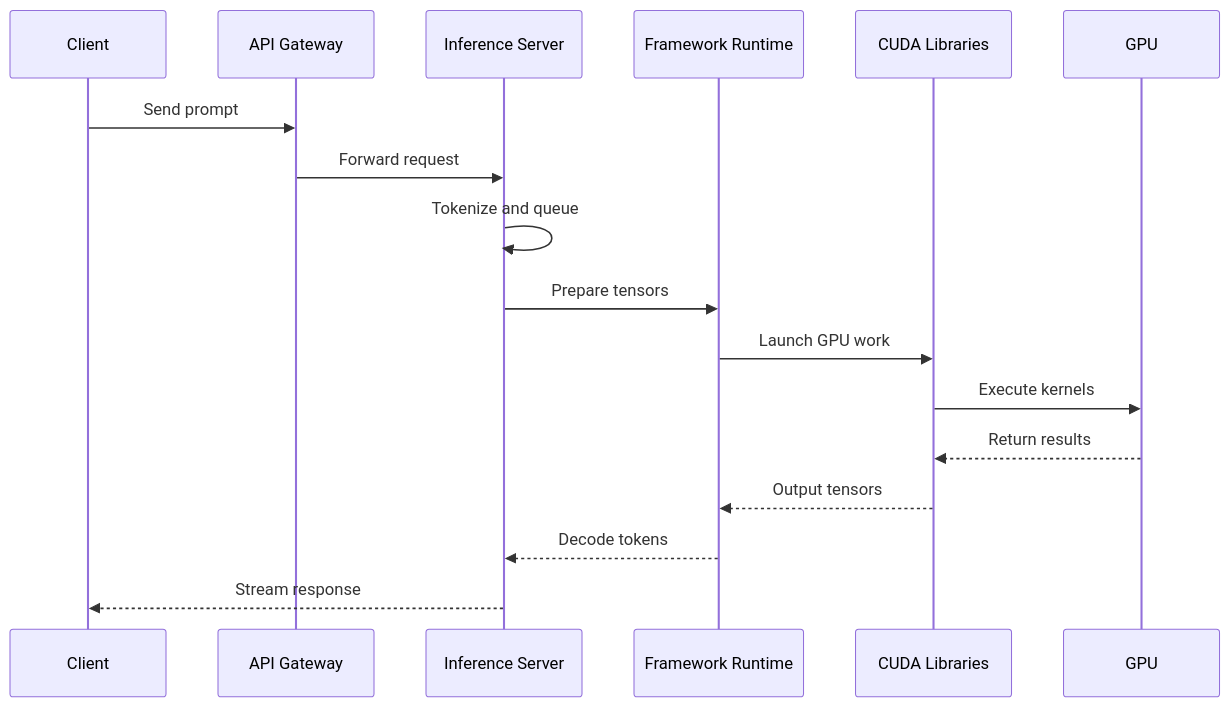
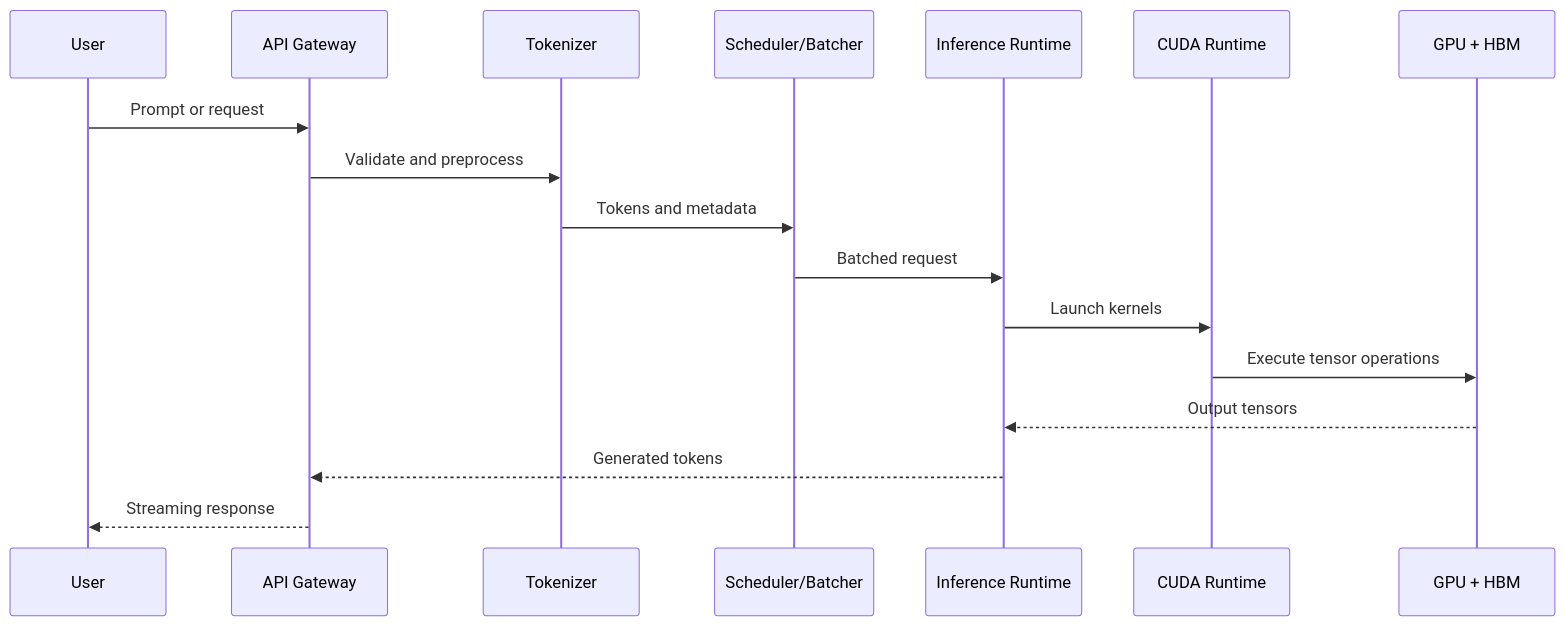
The second of 2 diagrams in docs/nvidia-zero-to-hero/volume-01/chapter-01-what-is-ai-infrastructure.md (jithinpnjm/nvidia-devops), drawn with Mermaid before and after one commit. The commit also changed other lines of this file, not shown here.

````diff
--- a/docs/nvidia-zero-to-hero/volume-01/chapter-01-what-is-ai-infrastructure.md
+++ b/docs/nvidia-zero-to-hero/volume-01/chapter-01-what-is-ai-infrastructure.md
@@ -203,20 +113,20 @@
 ```mermaid
 sequenceDiagram
-    participant Client
+    participant User
     participant API as API Gateway
-    participant Server as Inference Server
-    participant Runtime as Framework Runtime
-    participant CUDA as CUDA Libraries
-    participant GPU as GPU
+    participant Tok as Tokenizer
+    participant Sched as Scheduler/Batcher
+    participant Runtime as Inference Runtime
+    participant CUDA as CUDA Runtime
+    participant GPU as GPU + HBM
 
-    Client->>API: Send prompt
-    API->>Server: Forward request
-    Server->>Server: Tokenize and queue
-    Server->>Runtime: Prepare tensors
-    Runtime->>CUDA: Launch GPU work
-    CUDA->>GPU: Execute kernels
-    GPU-->>CUDA: Return results
-    CUDA-->>Runtime: Output tensors
-    Runtime-->>Server: Decode tokens
-    Server-->>Client: Stream response
+    User->>API: Prompt or request
+    API->>Tok: Validate and preprocess
+    Tok->>Sched: Tokens and metadata
+    Sched->>Runtime: Batched request
+    Runtime->>CUDA: Launch kernels
+    CUDA->>GPU: Execute tensor operations
+    GPU-->>Runtime: Output tensors
+    Runtime-->>API: Generated tokens
+    API-->>User: Streaming response
 ```
````
